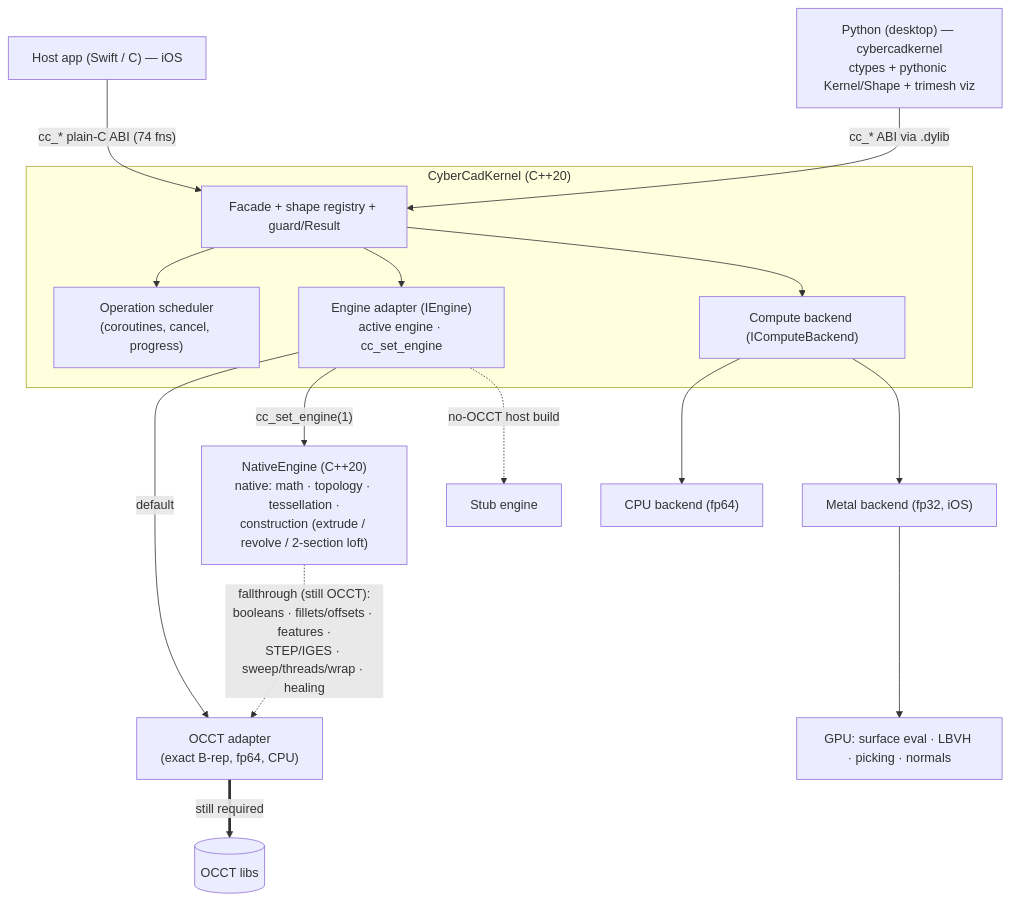
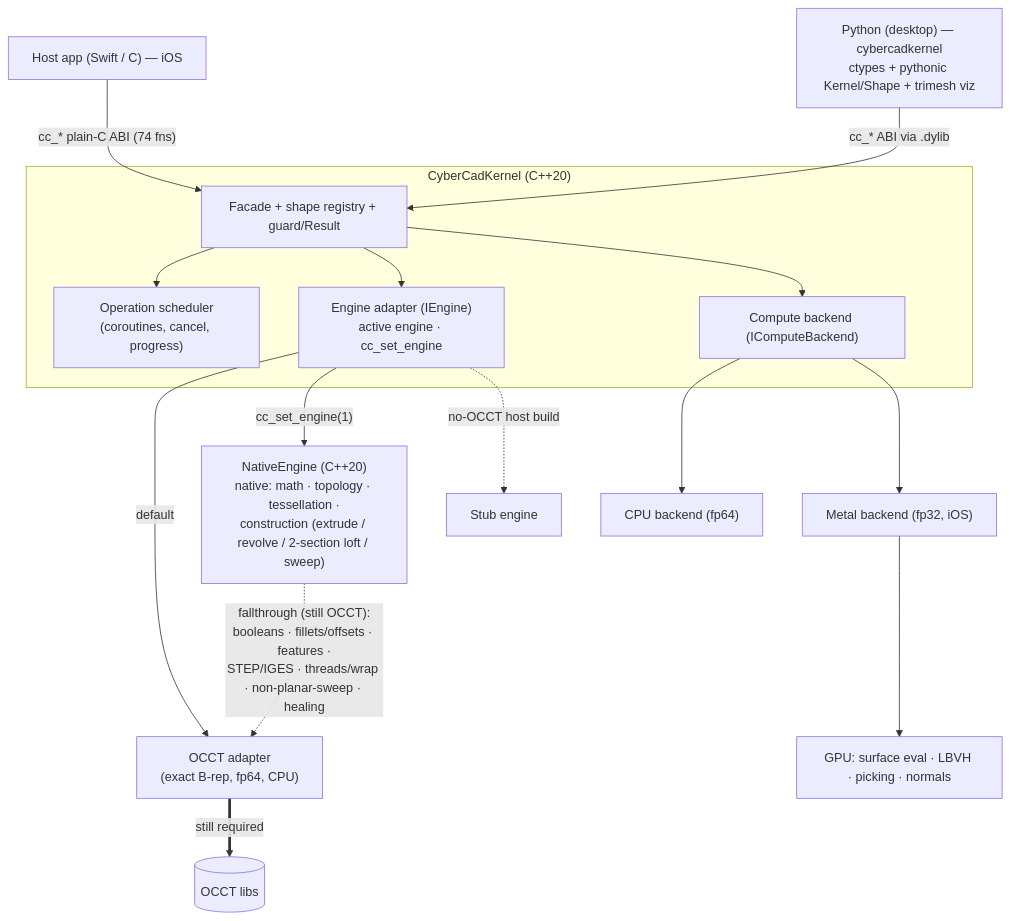
Before and after one commit to CyberdyneCorp/CyberCadKernel: the diagram in README.md, drawn with Mermaid. The commit also changed other lines of this file and 21 other files, not shown here.

````diff
--- a/README.md
+++ b/README.md
@@ -33,27 +33,27 @@
 ```mermaid
 flowchart TD
     App["Host app (Swift / C) — iOS"] -->|"cc_* plain-C ABI (74 fns)"| Facade
     Py["Python (desktop) — cybercadkernel<br/>ctypes + pythonic Kernel/Shape + trimesh viz"] -->|"cc_* ABI via .dylib"| Facade
 
     subgraph Kernel["CyberCadKernel (C++20)"]
         Facade["Facade + shape registry + guard/Result"]
         Sched["Operation scheduler<br/>(coroutines, cancel, progress)"]
         Engine["Engine adapter (IEngine)<br/>active engine · cc_set_engine"]
         Compute["Compute backend (IComputeBackend)"]
 
         Facade --> Sched
         Facade --> Engine
         Facade --> Compute
     end
 
     Engine -->|"default"| OCCT["OCCT adapter<br/>(exact B-rep, fp64, CPU)"]
-    Engine -->|"cc_set_engine(1)"| Native["NativeEngine (C++20)<br/>native: math · topology · tessellation ·<br/>construction (extrude / revolve / 2-section loft)"]
+    Engine -->|"cc_set_engine(1)"| Native["NativeEngine (C++20)<br/>native: math · topology · tessellation ·<br/>construction (extrude / revolve / 2-section loft / sweep)"]
     Engine -.->|"no-OCCT host build"| Stub["Stub engine"]
 
-    Native -.->|"fallthrough (still OCCT):<br/>booleans · fillets/offsets · features ·<br/>STEP/IGES · sweep/threads/wrap · healing"| OCCT
+    Native -.->|"fallthrough (still OCCT):<br/>booleans · fillets/offsets · features ·<br/>STEP/IGES · threads/wrap · non-planar-sweep · healing"| OCCT
     OCCT ==>|"still required"| OCCTlib[("OCCT libs")]
 
     Compute --> CPUb["CPU backend (fp64)"]
     Compute --> Metal["Metal backend (fp32, iOS)"]
     Metal --> GPU["GPU: surface eval · LBVH · picking · normals"]
 ```
````
